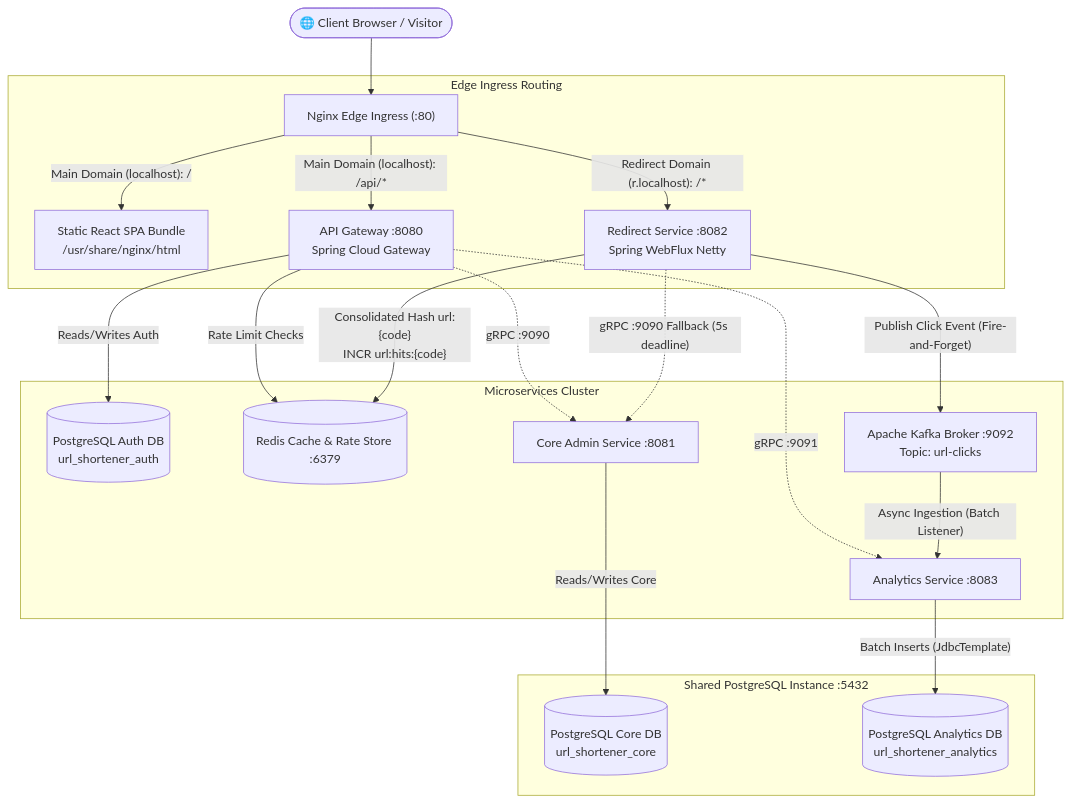
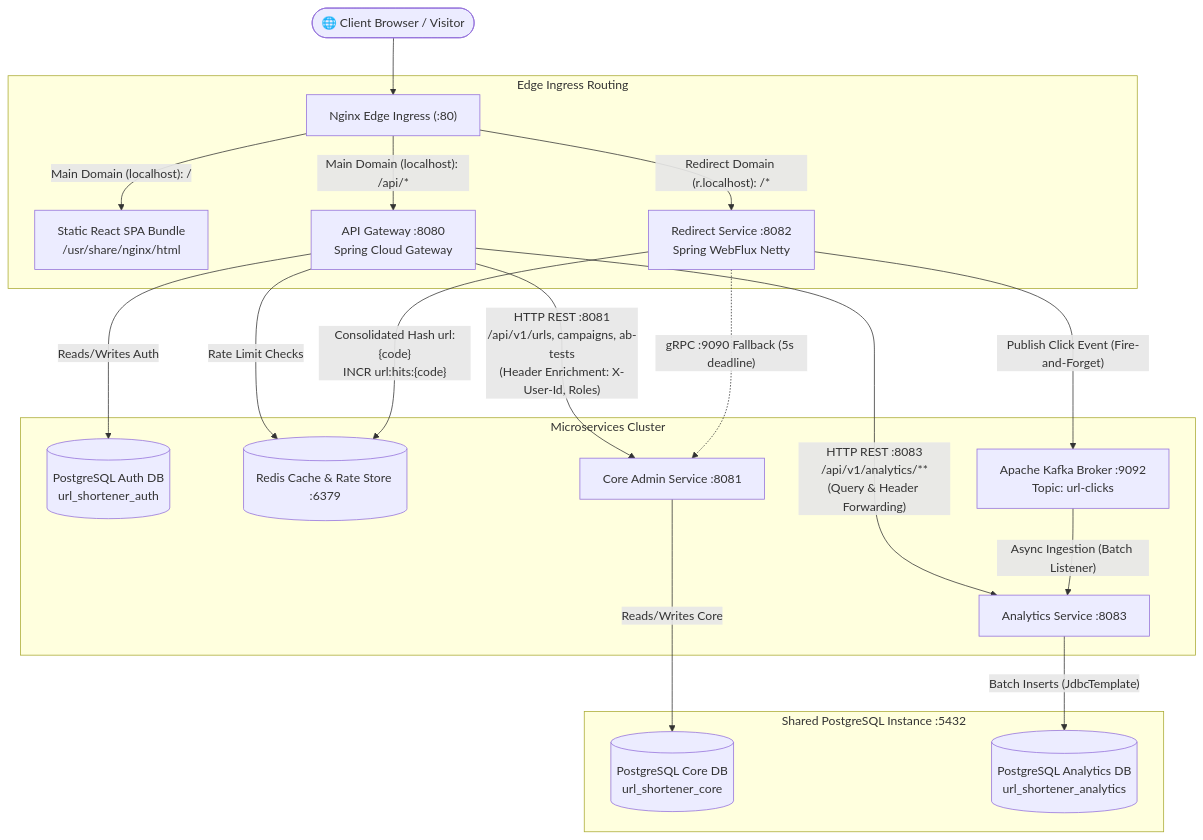
One commit to TheFastest599/url-shortener changed the first of 3 diagrams in docs/url_shortener_design_doc.md. Above: the diagram before and after it, drawn with Mermaid. The commit also changed 51 other files, not shown here.

````diff
--- a/docs/url_shortener_design_doc.md
+++ b/docs/url_shortener_design_doc.md
@@ -49,36 +49,36 @@
 ```mermaid
 graph TD
     Client(["🌐 Client Browser / Visitor"]) --> Ingress["Nginx Edge Ingress (:80)"]
     
     subgraph Edge Ingress Routing
         Ingress -->|"Main Domain (localhost): /"| ReactSPA["Static React SPA Bundle<br/>/usr/share/nginx/html"]
         Ingress -->|"Main Domain (localhost): /api/*"| API_Gateway["API Gateway :8080<br/>Spring Cloud Gateway"]
         Ingress -->|"Redirect Domain (r.localhost): /*"| MS_Redirect["Redirect Service :8082<br/>Spring WebFlux Netty"]
     end
 
     subgraph Microservices Cluster
         %% API Gateway & Auth
         API_Gateway -->|Reads/Writes Auth| DB_Auth[("PostgreSQL Auth DB<br/>url_shortener_auth")]
         API_Gateway -->|Rate Limit Checks| Redis_Shared[("Redis Cache & Rate Store :6379")]
 
-        %% gRPC Channels
-        API_Gateway -.->|"gRPC :9090"| MS_Core["Core Admin Service :8081"]
-        API_Gateway -.->|"gRPC :9091"| MS_Analytics["Analytics Service :8083"]
+        %% Downstream HTTP REST Routing & Header/Query Transformation
+        API_Gateway -->|"HTTP REST :8081<br/>/api/v1/urls, campaigns, ab-tests<br/>(Header Enrichment: X-User-Id, Roles)"| MS_Core["Core Admin Service :8081"]
+        API_Gateway -->|"HTTP REST :8083<br/>/api/v1/analytics/**<br/>(Query & Header Forwarding)"| MS_Analytics["Analytics Service :8083"]
 
         %% Redirect Service
         MS_Redirect -->|"Consolidated Hash url:{code}<br/>INCR url:hits:{code}"| Redis_Shared
         MS_Redirect -.->|"gRPC :9090 Fallback (5s deadline)"| MS_Core
         MS_Redirect -->|"Publish Click Event (Fire-and-Forget)"| KafkaBroker["Apache Kafka Broker :9092<br/>Topic: url-clicks"]
     end
 
     subgraph Shared PostgreSQL Instance :5432
         DB_Auth
         DB_Core[("PostgreSQL Core DB<br/>url_shortener_core")]
         DB_Analytics[("PostgreSQL Analytics DB<br/>url_shortener_analytics")]
     end
 
     %% Core & Analytics DBs
     MS_Core -->|Reads/Writes Core| DB_Core
     KafkaBroker -->|"Async Ingestion (Batch Listener)"| MS_Analytics
     MS_Analytics -->|"Batch Inserts (JdbcTemplate)"| DB_Analytics
 ```
````
